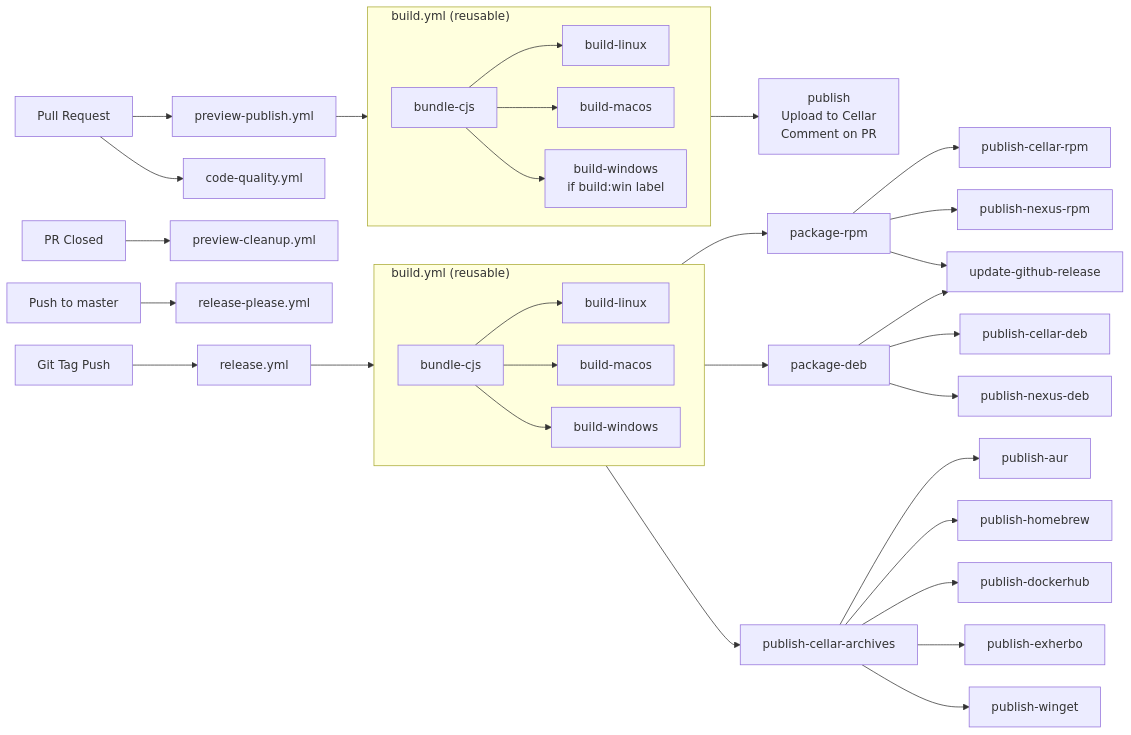
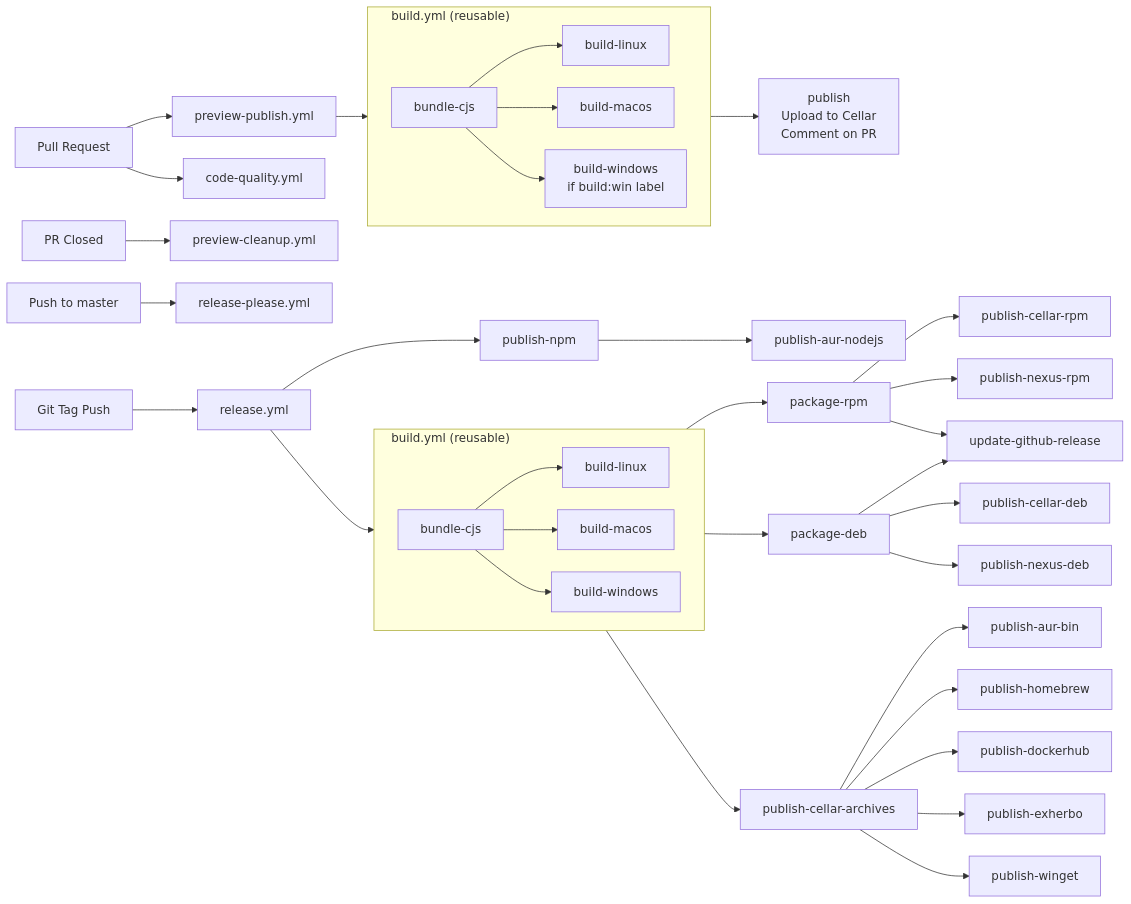
Before and after one commit to CleverCloud/clever-tools: the diagram in CONTRIBUTING.md, drawn with Mermaid. The commit also changed other lines of this file and 2 other files, not shown here.

First line of the commit message:
docs: document the two AUR packages

````diff
--- a/CONTRIBUTING.md
+++ b/CONTRIBUTING.md
@@ -714,51 +724,54 @@
 ```mermaid
 %%{init: {"flowchart": {"nodeSpacing": 30, "rankSpacing": 40, "curve": "basis"}} }%%
 graph LR
     %% Triggers
     PR[Pull Request] --> PRP[preview-publish.yml]
     PR[Pull Request] --> CQ[code-quality.yml]
     PR_CLOSE[PR Closed] --> CLEANUP[preview-cleanup.yml]
     PUSH_MASTER[Push to master] --> RP[release-please.yml]
     TAG[Git Tag Push] --> REL[release.yml]
 
     %% Preview workflow
     PRP --> BUILD_1
     subgraph BUILD_1 ["<div style='width:400px; display:flex; justify-content: flex-start; align-items:flex-start;'>build.yml (reusable)</div>"]
         direction LR
         BUNDLE[bundle-cjs]
         BUNDLE --> BUILD_LINUX[build-linux]
         BUNDLE --> BUILD_MACOS[build-macos]
         BUNDLE --> BUILD_WIN[build-windows<br/>if build:win label]
     end
     BUILD_1 --> PUB_PREVIEW[publish<br/>Upload to Cellar<br/>Comment on PR]
 
     %% Release workflow
     REL --> BUILD_2
     subgraph BUILD_2 ["<div style='width:400px; display:flex; justify-content: flex-start; align-items:flex-start;'>build.yml (reusable)</div>"]
         direction LR
         BUNDLE2[bundle-cjs]
         BUNDLE2 --> BUILD_LINUX2[build-linux]
         BUNDLE2 --> BUILD_MACOS2[build-macos]
         BUNDLE2 --> BUILD_WIN2[build-windows]
     end
 
+    REL --> NPM[publish-npm]
+    NPM --> AUR_NODEJS[publish-aur-nodejs]
+
     BUILD_2 --> PACKAGE_RPM[package-rpm]
     BUILD_2 --> PACKAGE_DEB[package-deb]
     BUILD_2 --> CELLAR_ARC[publish-cellar-archives]
 
     PACKAGE_RPM --> CELLAR_RPM[publish-cellar-rpm]
     PACKAGE_RPM --> NEXUS_RPM[publish-nexus-rpm]
 
     PACKAGE_RPM --> GITHUB_REL[update-github-release]
     PACKAGE_DEB --> GITHUB_REL
 
     PACKAGE_DEB --> CELLAR_DEB[publish-cellar-deb]
     PACKAGE_DEB --> NEXUS_DEB[publish-nexus-deb]
 
     %% Package managers (depend on cellar archives)
-    CELLAR_ARC --> AUR[publish-aur]
+    CELLAR_ARC --> AUR_BIN[publish-aur-bin]
     CELLAR_ARC --> HOMEBREW[publish-homebrew]
     CELLAR_ARC --> DOCKER[publish-dockerhub]
     CELLAR_ARC --> EXHERBO[publish-exherbo]
     CELLAR_ARC --> WINGET[publish-winget]
 ```
````
